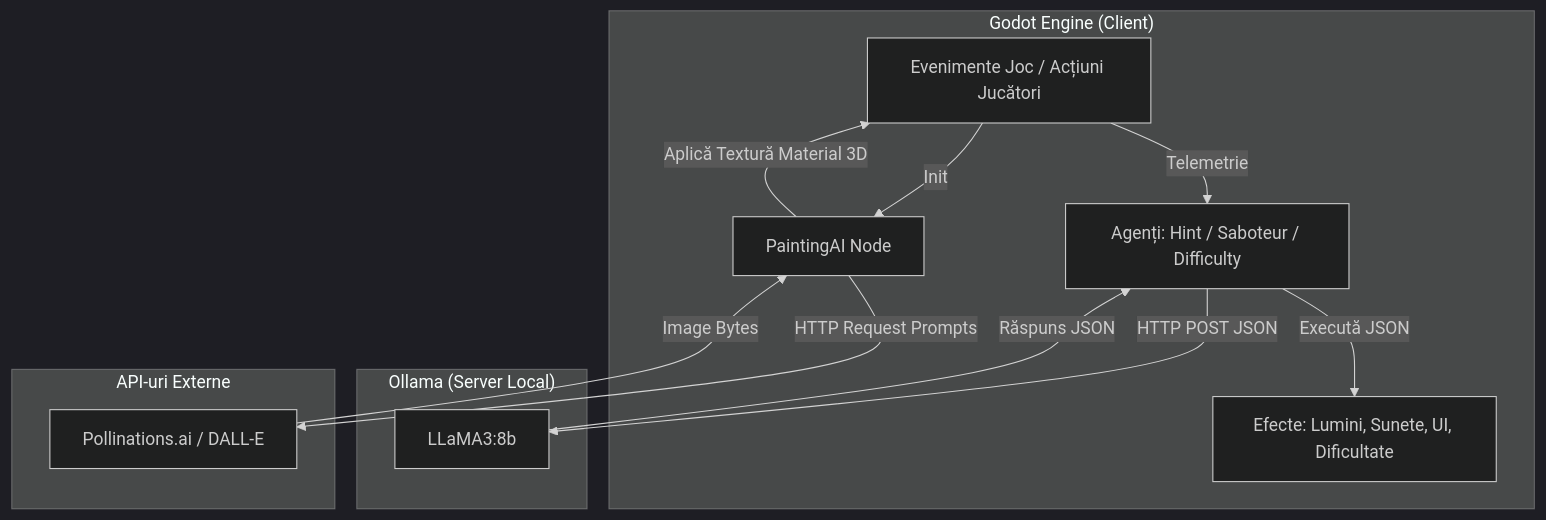
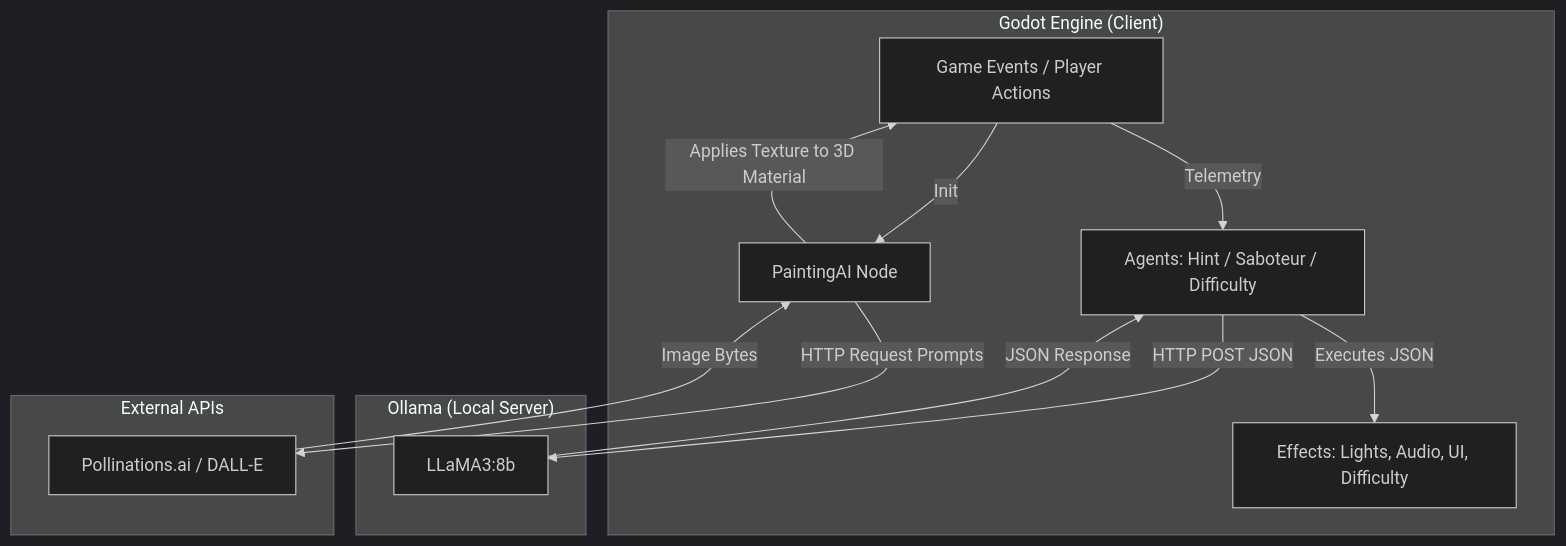
Before and after one commit to neica200/Echo-Chamber-Coop: the fourth of 10 diagrams in diagrame_arhitectura.md, drawn with Mermaid (dark theme). The commit also changed other lines of this file, not shown here.

Commit message:
update diagrams

````diff
--- a/diagrame_arhitectura.md
+++ b/diagrame_arhitectura.md
@@ -143,27 +139,27 @@
 ```mermaid
 flowchart TD
     subgraph Godot_Engine ["Godot Engine (Client)"]
-        Game[Evenimente Joc / Acțiuni Jucători]
-        Agent[Agenți: Hint / Saboteur / Difficulty]
-        Actuator[Efecte: Lumini, Sunete, UI, Dificultate]
+        Game[Game Events / Player Actions]
+        Agent[Agents: Hint / Saboteur / Difficulty]
+        Actuator[Effects: Lights, Audio, UI, Difficulty]
         Painting[PaintingAI Node]
     end
 
-    subgraph Ollama_Server ["Ollama (Server Local)"]
+    subgraph Ollama_Server ["Ollama (Local Server)"]
         LLM[LLaMA3:8b]
     end
     
-    subgraph External_APIs ["API-uri Externe"]
+    subgraph External_APIs ["External APIs"]
         Pollinations[Pollinations.ai / DALL-E]
     end
 
-    Game -->|Telemetrie| Agent
+    Game -->|Telemetry| Agent
     Agent -->|HTTP POST JSON| LLM
-    LLM -->|Răspuns JSON| Agent
-    Agent -->|Execută JSON| Actuator
+    LLM -->|JSON Response| Agent
+    Agent -->|Executes JSON| Actuator
     
     Game -->|Init| Painting
     Painting -->|HTTP Request Prompts| Pollinations
     Pollinations -->|Image Bytes| Painting
-    Painting -->|Aplică Textură Material 3D| Game
+    Painting -->|Applies Texture to 3D Material| Game
 ```
````
